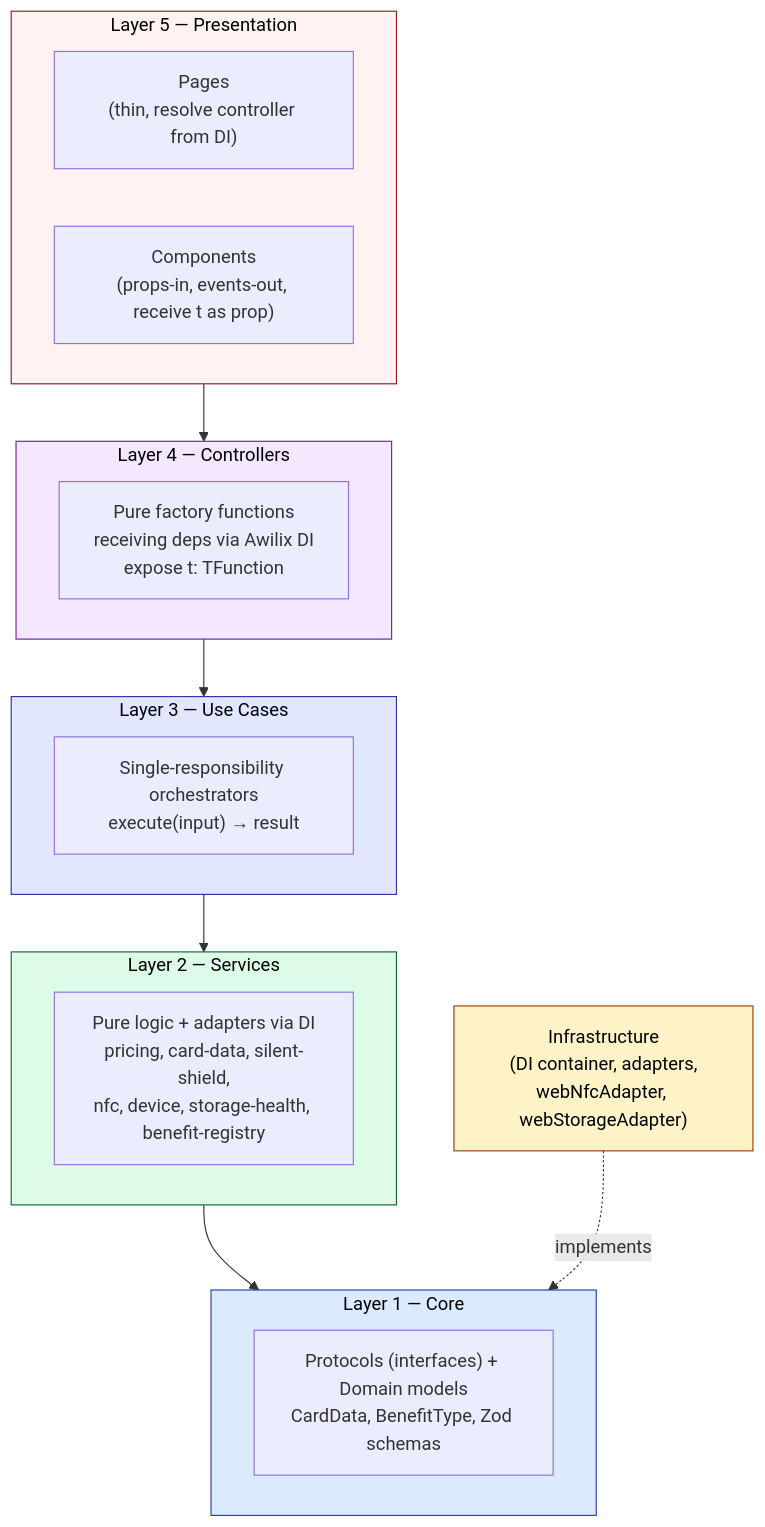
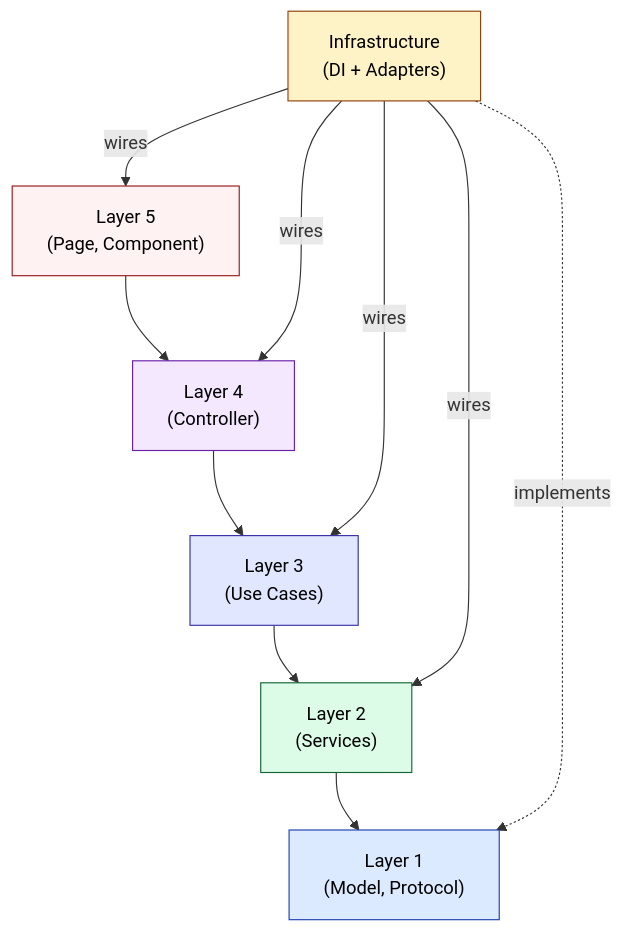
Before and after one commit to widdestoyud/assesment-s1-2026: the first of 2 diagrams in docs/wiki/membership-benefit-card/01-Architecture/Clean-Architecture.md, drawn with Mermaid. The commit also changed other lines of this file and 11 other files, not shown here.

````diff
--- a/docs/wiki/membership-benefit-card/01-Architecture/Clean-Architecture.md
+++ b/docs/wiki/membership-benefit-card/01-Architecture/Clean-Architecture.md
@@ -11,38 +11,21 @@
 ```mermaid
 graph TB
-    subgraph L5["Layer 5 — Presentation"]
-        Pages["Pages<br/>(thin, resolve controller from DI)"]
-        Components["Components<br/>(props-in, events-out, receive t as prop)"]
-    end
+    L5["Layer 5<br/>(Page, Component)"] --> L4["Layer 4<br/>(Controller)"]
+    L4 --> L3["Layer 3<br/>(Use Cases)"]
+    L3 --> L2["Layer 2<br/>(Services)"]
+    L2 --> L1["Layer 1<br/>(Model, Protocol)"]
 
-    subgraph L4["Layer 4 — Controllers"]
-        Controllers["Pure factory functions<br/>receiving deps via Awilix DI<br/>expose t: TFunction"]
-    end
-
-    subgraph L3["Layer 3 — Use Cases"]
-        UC["Single-responsibility orchestrators<br/>execute(input) → result"]
-    end
-
-    subgraph L2["Layer 2 — Services"]
-        SS["Pure logic + adapters via DI<br/>pricing, card-data, silent-shield,<br/>nfc, device, storage-health, benefit-registry"]
-    end
-
-    subgraph L1["Layer 1 — Core"]
-        DM["Protocols (interfaces) + Domain models<br/>CardData, BenefitType, Zod schemas"]
-    end
-
-    L5 --> L4
-    L4 --> L3
-    L3 --> L2
-    L2 --> L1
-
-    Infra["Infrastructure<br/>(DI container, adapters,<br/>webNfcAdapter, webStorageAdapter)"]
+    Infra["Infrastructure<br/>(DI + Adapters)"]
+    Infra -->|wires| L5
+    Infra -->|wires| L4
+    Infra -->|wires| L3
+    Infra -->|wires| L2
     Infra -.->|implements| L1
 
     style L1 fill:#dbeafe,stroke:#1e40af,color:#000
     style L2 fill:#dcfce7,stroke:#166534,color:#000
     style L3 fill:#e0e7ff,stroke:#3730a3,color:#000
     style L4 fill:#f3e8ff,stroke:#6b21a8,color:#000
     style L5 fill:#fef2f2,stroke:#991b1b,color:#000
     style Infra fill:#fef3c7,stroke:#92400e,color:#000
 ```
````
